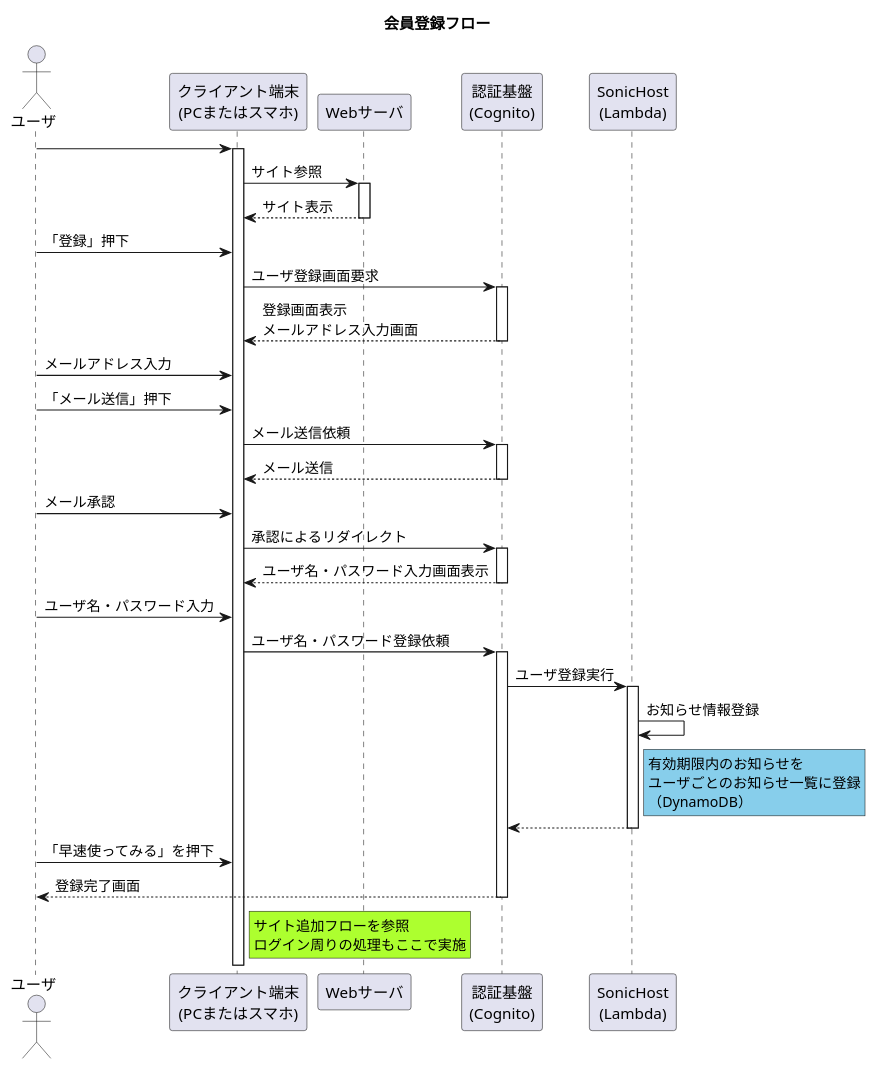
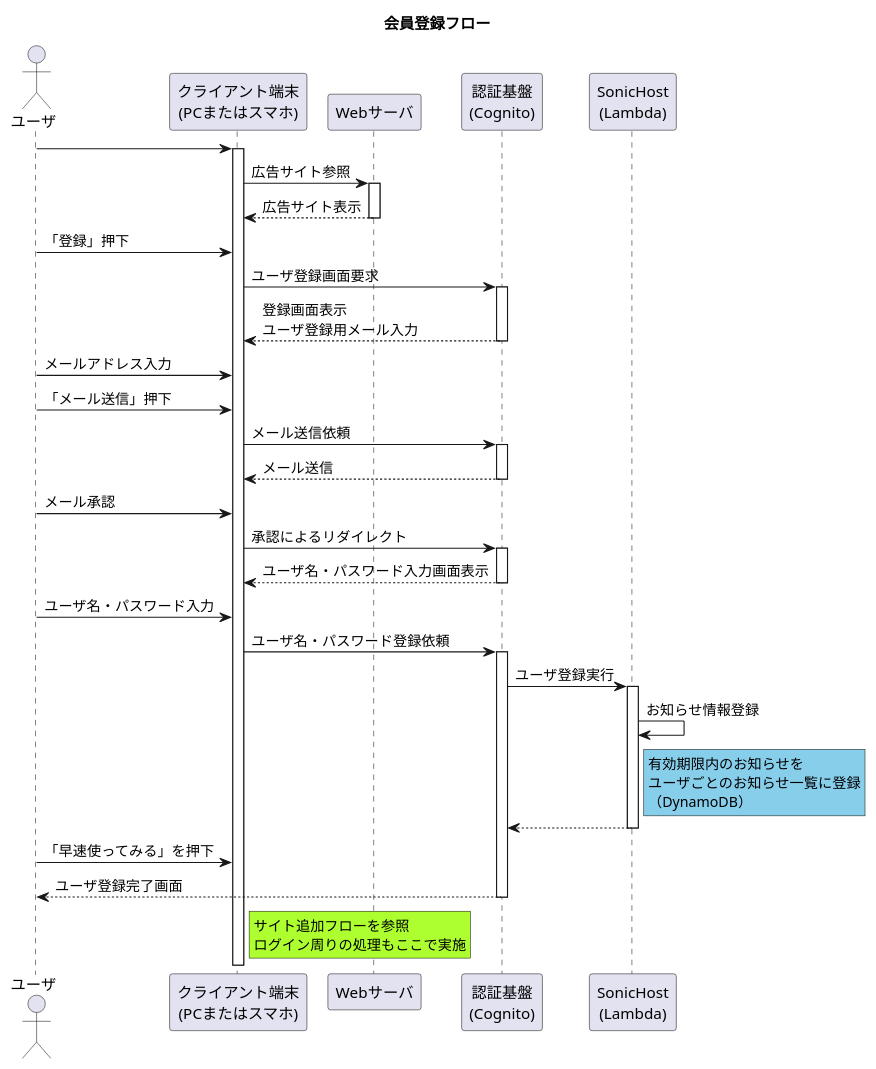
One commit to Sonic-Host/documents changed the diagram in 01_Sequences/01_UserRegistration/01_Registeration_Flow/registFlow.pu. Above: the diagram before and after it, drawn with PlantUML. The commit also changed 13 other files, not shown here.

```diff
--- a/01_Sequences/01_UserRegistration/01_Registeration_Flow/registFlow.pu
+++ b/01_Sequences/01_UserRegistration/01_Registeration_Flow/registFlow.pu
@@ -1,47 +1,47 @@
 @startuml  会員登録フロー
 title 会員登録フロー
 
 ' アクター定義
 actor "ユーザ" as user
 participant "クライアント端末\n(PCまたはスマホ)" as device
 participant "Webサーバ" as site
 participant "認証基盤\n(Cognito)" as cognito
 participant "SonicHost\n(Lambda)" as lambda
 
 ' シーケンス
 ' Webサイト編
 user -> device ++ 
-device -> site ++ : サイト参照
-device <-- site -- : サイト表示
+device -> site ++ : 広告サイト参照
+device <-- site -- : 広告サイト表示
 user -> device : 「登録」押下
 
 ' Cognito登録編（ユーザ登録）
 device -> cognito ++ : ユーザ登録画面要求
-device <-- cognito -- : 登録画面表示\nメールアドレス入力画面
+device <-- cognito -- : 登録画面表示\nユーザ登録用メール入力
 user -> device : メールアドレス入力
 user -> device : 「メール送信」押下
 device -> cognito ++ : メール送信依頼
 device <-- cognito -- : メール送信
 user -> device : メール承認
 device -> cognito ++ : 承認によるリダイレクト
 device <-- cognito -- : ユーザ名・パスワード入力画面表示
 user -> device :ユーザ名・パスワード入力
 device -> cognito ++ : ユーザ名・パスワード登録依頼
 cognito -> lambda ++ : ユーザ登録実行
 lambda -> lambda : お知らせ情報登録
 rnote right of lambda #SkyBlue  
     有効期限内のお知らせを
     ユーザごとのお知らせ一覧に登録
     （DynamoDB）
 end note
 cognito <-- lambda --
 user -> device : 「早速使ってみる」を押下
-user <-- cognito -- : 登録完了画面
+user <-- cognito -- : ユーザ登録完了画面
 
 rnote right of device #GreenYellow
     サイト追加フローを参照
     ログイン周りの処理もここで実施
 end note
 
 
 @enduml
```
